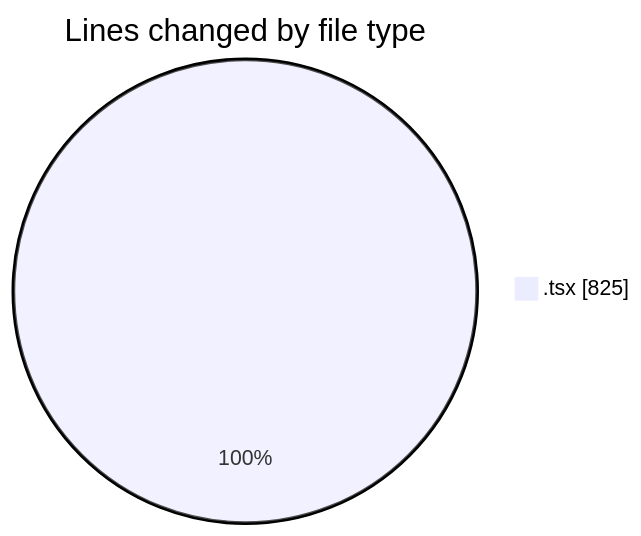
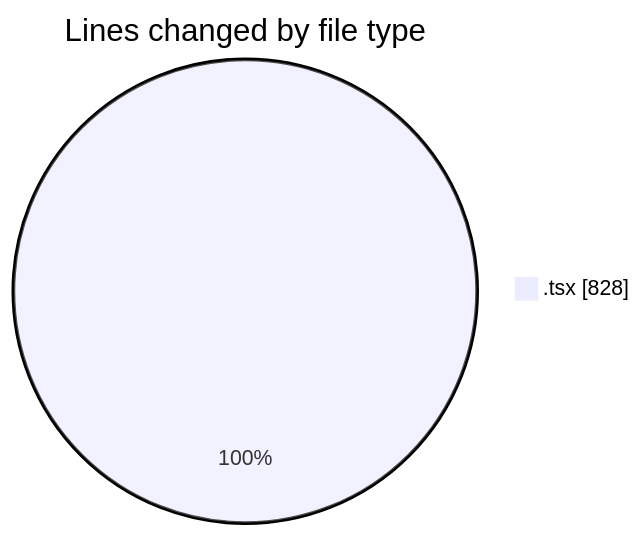
Before and after one commit to momahboobian/code-tracking: the first of 2 diagrams in 2025-06-12/cda/README.md, drawn with Mermaid. The commit also changed other lines of this file and 1 other file, not shown here.

````diff
--- a/2025-06-12/cda/README.md
+++ b/2025-06-12/cda/README.md
@@ -21,5 +21,5 @@
 ```mermaid
 pie showData
 title Lines changed by file type
-".tsx" : 825
+".tsx" : 828
 ```
````
